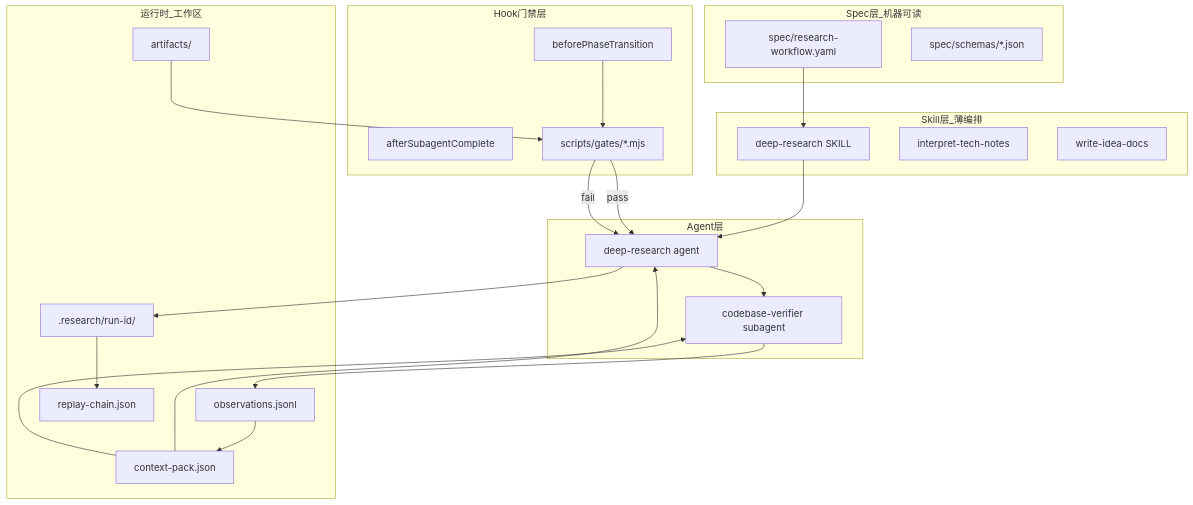
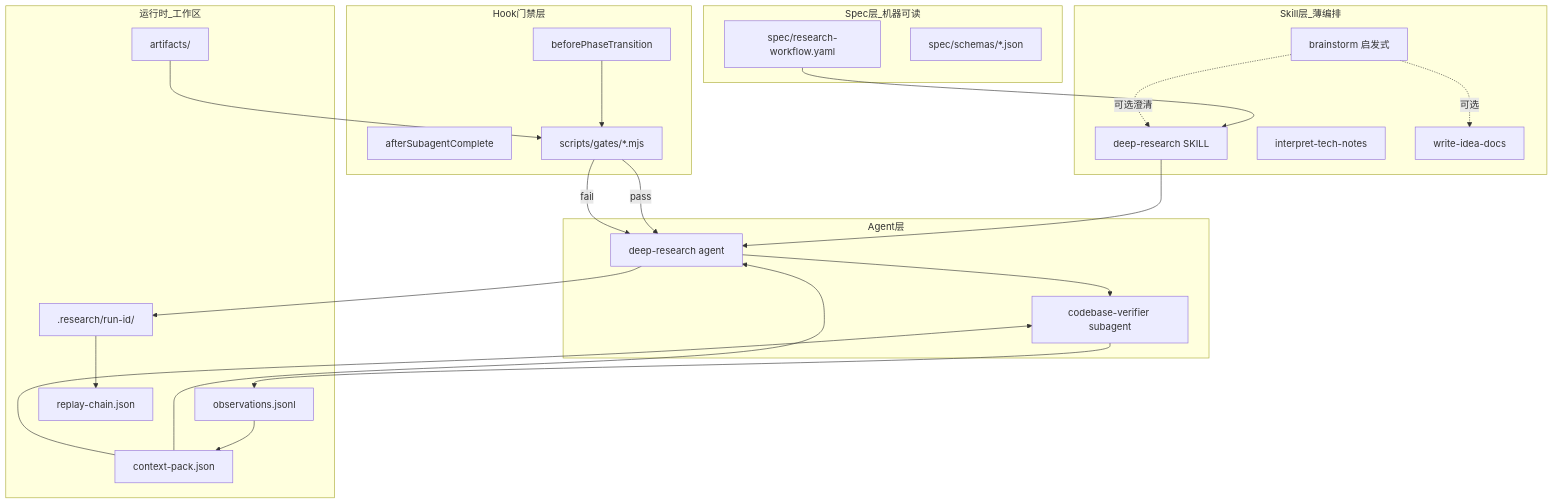
One commit to JunfengRan/dev-env changed the diagram in README.md. Above: the diagram before and after it, drawn with Mermaid. The commit also changed other lines of this file and 8 other files, not shown here.

````diff
--- a/README.md
+++ b/README.md
@@ -108,41 +111,44 @@
 ```mermaid
 flowchart TB
   subgraph specLayer ["Spec层_机器可读"]
     YAML["spec/research-workflow.yaml"]
     Schema["spec/schemas/*.json"]
   end
   subgraph runtime ["运行时_工作区"]
     RunDir[".research/run-id/"]
     CP[context-pack.json]
     Obs[observations.jsonl]
     Art["artifacts/"]
     Replay[replay-chain.json]
   end
   subgraph hooks ["Hook门禁层"]
     BeforePhase[beforePhaseTransition]
     AfterSub[afterSubagentComplete]
     GateScripts["scripts/gates/*.mjs"]
   end
   subgraph agents ["Agent层"]
     Parent["deep-research agent"]
     Sub["codebase-verifier subagent"]
   end
   subgraph skills ["Skill层_薄编排"]
     DRS["deep-research SKILL"]
     ITN[interpret-tech-notes]
     WID[write-idea-docs]
+    BS["brainstorm 启发式"]
   end
   YAML --> DRS
   DRS --> Parent
   Parent --> RunDir
   Parent --> Sub
   Sub --> Obs
   BeforePhase --> GateScripts
   GateScripts -->|pass| Parent
   GateScripts -->|fail| Parent
   CP --> Parent
   CP --> Sub
   Obs --> CP
   Art --> GateScripts
   RunDir --> Replay
+  BS -.->|"可选澄清"| DRS
+  BS -.->|"可选"| WID
 ```
````
